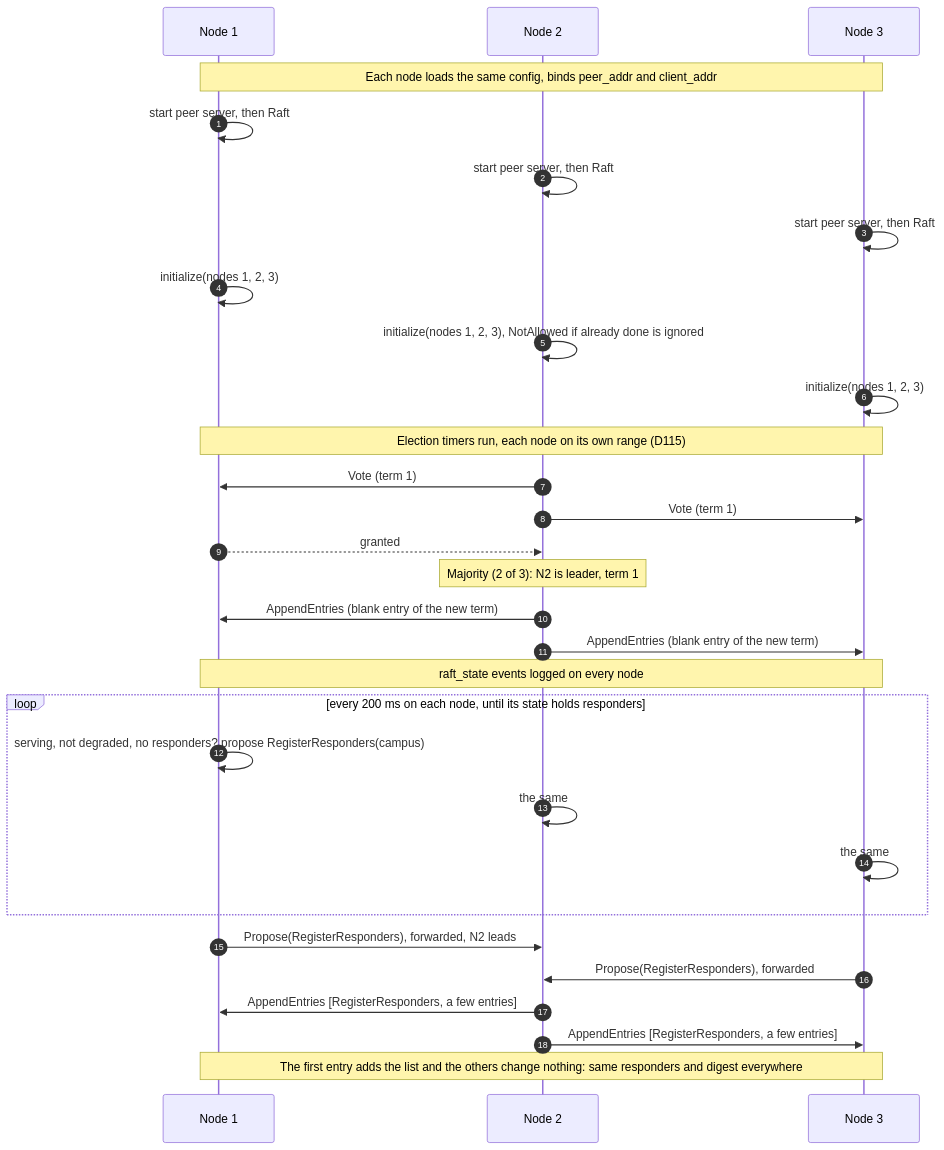
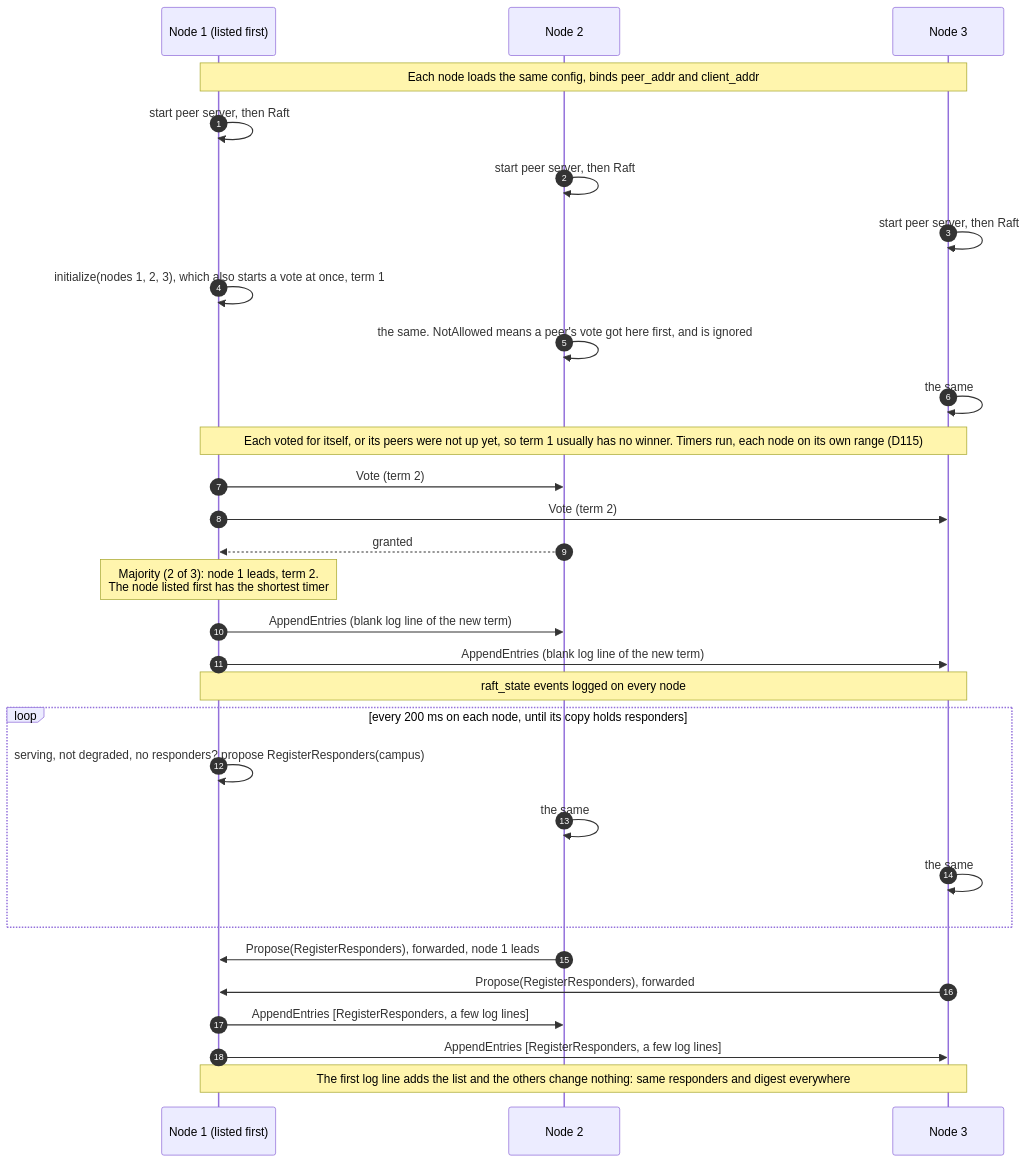
Diagram 13 of 48 in docs/architecture.md (noortaytoy1/DistributedSystems), drawn with Mermaid before and after one commit. The commit also changed other lines of this file and 2 other files, not shown here.

First line of the commit message:
Apply the diagram review to the architecture docs (D231)

````diff
--- a/docs/architecture.md
+++ b/docs/architecture.md
@@ -677,32 +746,32 @@
 ```mermaid
 sequenceDiagram
     autonumber
-    participant N1 as Node 1
+    participant N1 as Node 1 (listed first)
     participant N2 as Node 2
     participant N3 as Node 3
     Note over N1,N3: Each node loads the same config, binds peer_addr and client_addr
     N1->>N1: start peer server, then Raft
     N2->>N2: start peer server, then Raft
     N3->>N3: start peer server, then Raft
-    N1->>N1: initialize(nodes 1, 2, 3)
-    N2->>N2: initialize(nodes 1, 2, 3), NotAllowed if already done is ignored
-    N3->>N3: initialize(nodes 1, 2, 3)
-    Note over N1,N3: Election timers run, each node on its own range (D115)
-    N2->>N1: Vote (term 1)
-    N2->>N3: Vote (term 1)
-    N1-->>N2: granted
-    Note over N2: Majority (2 of 3): N2 is leader, term 1
-    N2->>N1: AppendEntries (blank entry of the new term)
-    N2->>N3: AppendEntries (blank entry of the new term)
+    N1->>N1: initialize(nodes 1, 2, 3), which also starts a vote at once, term 1
+    N2->>N2: the same. NotAllowed means a peer's vote got here first, and is ignored
+    N3->>N3: the same
+    Note over N1,N3: Each voted for itself, or its peers were not up yet, so term 1 usually has no winner. Timers run, each node on its own range (D115)
+    N1->>N2: Vote (term 2)
+    N1->>N3: Vote (term 2)
+    N2-->>N1: granted
+    Note over N1: Majority (2 of 3): node 1 leads, term 2.<br/>The node listed first has the shortest timer
+    N1->>N2: AppendEntries (blank log line of the new term)
+    N1->>N3: AppendEntries (blank log line of the new term)
     Note over N1,N3: raft_state events logged on every node
-    loop every 200 ms on each node, until its state holds responders
+    loop every 200 ms on each node, until its copy holds responders
         N1->>N1: serving, not degraded, no responders? propose RegisterResponders(campus)
         N2->>N2: the same
         N3->>N3: the same
     end
-    N1->>N2: Propose(RegisterResponders), forwarded, N2 leads
-    N3->>N2: Propose(RegisterResponders), forwarded
-    N2->>N1: AppendEntries [RegisterResponders, a few entries]
-    N2->>N3: AppendEntries [RegisterResponders, a few entries]
-    Note over N1,N3: The first entry adds the list and the others change nothing: same responders and digest everywhere
+    N2->>N1: Propose(RegisterResponders), forwarded, node 1 leads
+    N3->>N1: Propose(RegisterResponders), forwarded
+    N1->>N2: AppendEntries [RegisterResponders, a few log lines]
+    N1->>N3: AppendEntries [RegisterResponders, a few log lines]
+    Note over N1,N3: The first log line adds the list and the others change nothing: same responders and digest everywhere
 ```
````
